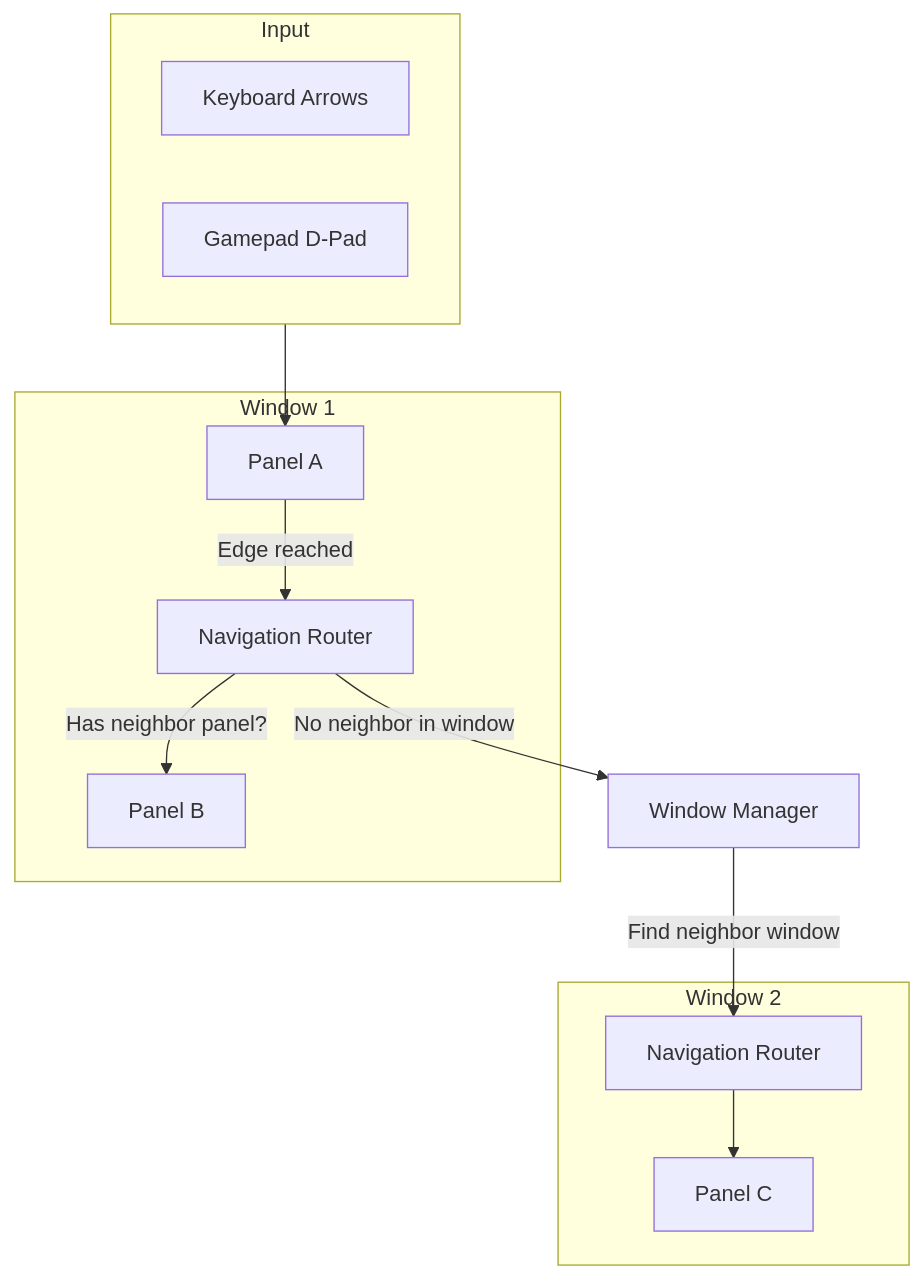
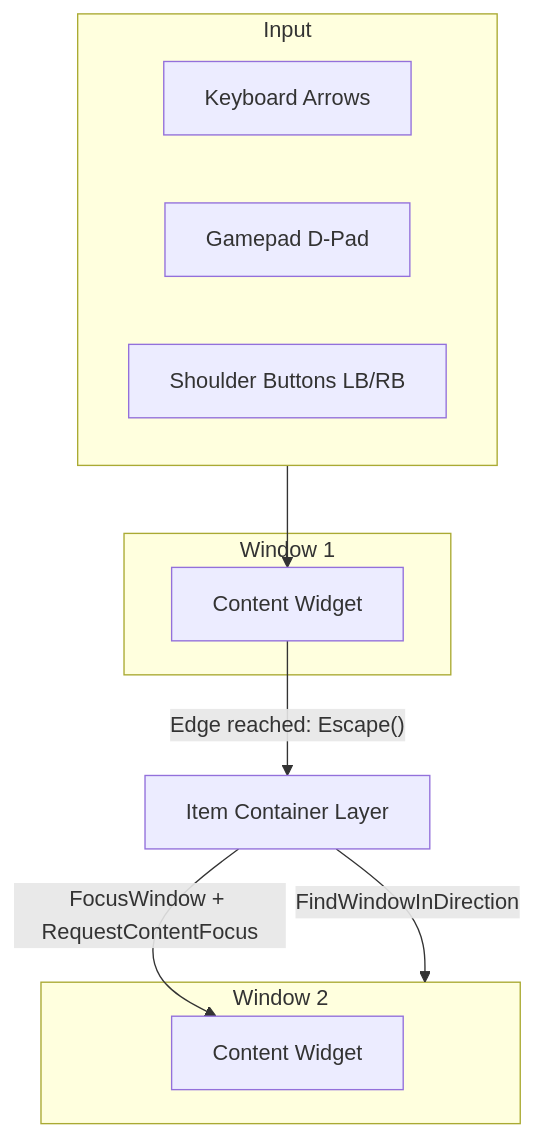
The diagram in outliyr-framework/docs/base-lyra-modified/ui/item-container-ui-system/geometric-navigation/README.md (outliyr/outliyr-docs), drawn with Mermaid before and after one commit. The commit also changed other lines of this file and 33 other files, not shown here.

````diff
--- a/outliyr-framework/docs/base-lyra-modified/ui/item-container-ui-system/geometric-navigation/README.md
+++ b/outliyr-framework/docs/base-lyra-modified/ui/item-container-ui-system/geometric-navigation/README.md
@@ -27,27 +27,23 @@
 ```mermaid
 flowchart TB
     subgraph Input ["Input"]
         KB[Keyboard Arrows]
         GP[Gamepad D-Pad]
+        SB[Shoulder Buttons LB/RB]
     end
 
     subgraph Window1 ["Window 1"]
-        R1[Navigation Router]
-        P1[Panel A]
-        P2[Panel B]
+        C1[Content Widget]
     end
 
     subgraph Window2 ["Window 2"]
-        R2[Navigation Router]
-        P3[Panel C]
+        C2[Content Widget]
     end
 
-    WM[Window Manager]
+    Layer[Item Container Layer]
 
-    Input --> P1
-    P1 -->|"Edge reached"| R1
-    R1 -->|"Has neighbor panel?"| P2
-    R1 -->|"No neighbor in window"| WM
-    WM -->|"Find neighbor window"| R2
-    R2 --> P3
+    Input --> C1
+    C1 -->|"Edge reached: Escape()"| Layer
+    Layer -->|"FindWindowInDirection"| Window2
+    Layer -->|"FocusWindow + RequestContentFocus"| C2
 ```
````
